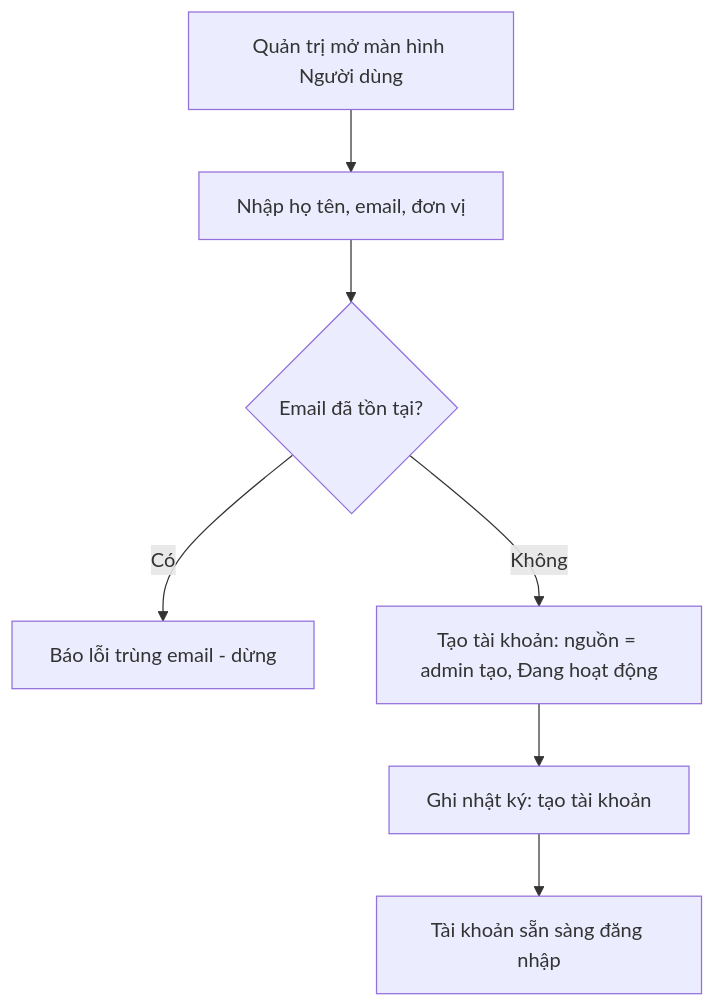
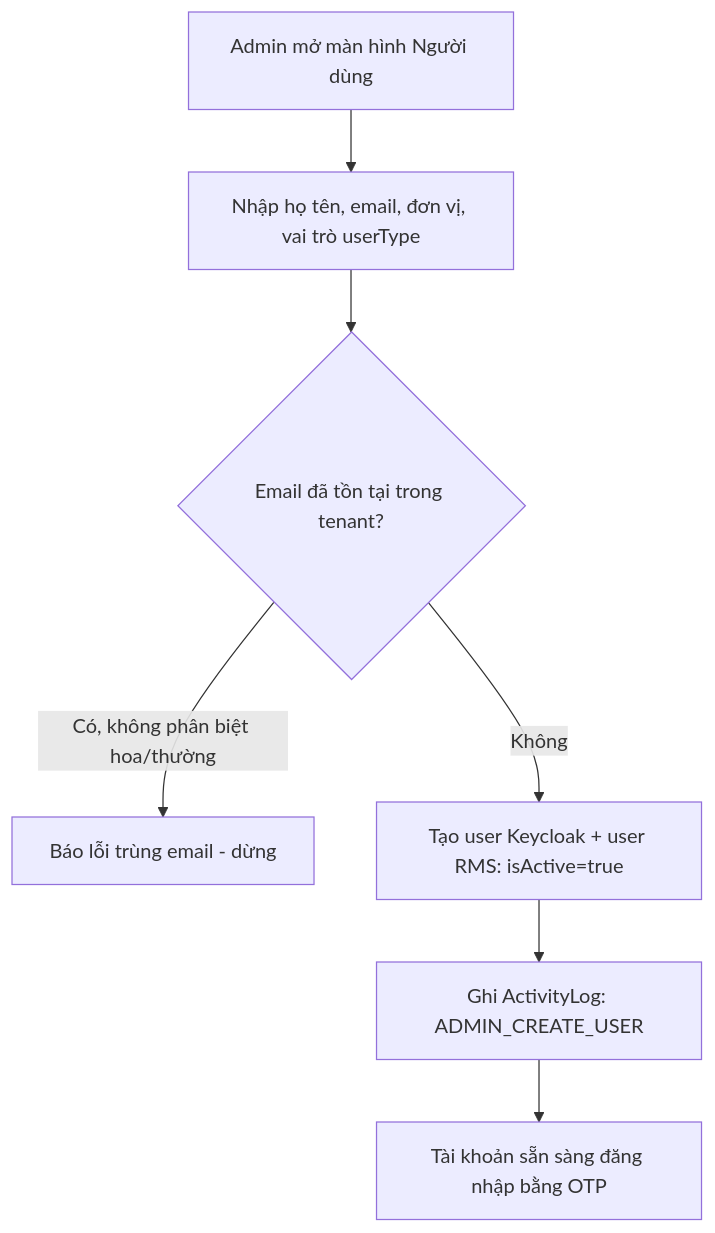
The first of 4 diagrams in docs/features/B03-quan-ly-nguoi-dung/spec.md (PTZero2026/rms-docs), drawn with Mermaid before and after one commit. The commit also changed other lines of this file, not shown here.

````diff
--- a/docs/features/B03-quan-ly-nguoi-dung/spec.md
+++ b/docs/features/B03-quan-ly-nguoi-dung/spec.md
@@ -71,9 +73,9 @@
 ```mermaid
 flowchart TD
-    A[Quản trị mở màn hình Người dùng] --> B[Nhập họ tên, email, đơn vị]
-    B --> C{Email đã tồn tại?}
-    C -->|Có| C1[Báo lỗi trùng email - dừng]
-    C -->|Không| D[Tạo tài khoản: nguồn = admin tạo, Đang hoạt động]
-    D --> E[Ghi nhật ký: tạo tài khoản]
-    E --> F[Tài khoản sẵn sàng đăng nhập]
+    A[Admin mở màn hình Người dùng] --> B[Nhập họ tên, email, đơn vị, vai trò userType]
+    B --> C{Email đã tồn tại trong tenant?}
+    C -->|Có, không phân biệt hoa/thường| C1[Báo lỗi trùng email - dừng]
+    C -->|Không| D[Tạo user Keycloak + user RMS: isActive=true]
+    D --> E[Ghi ActivityLog: ADMIN_CREATE_USER]
+    E --> F[Tài khoản sẵn sàng đăng nhập bằng OTP]
 ```
````
